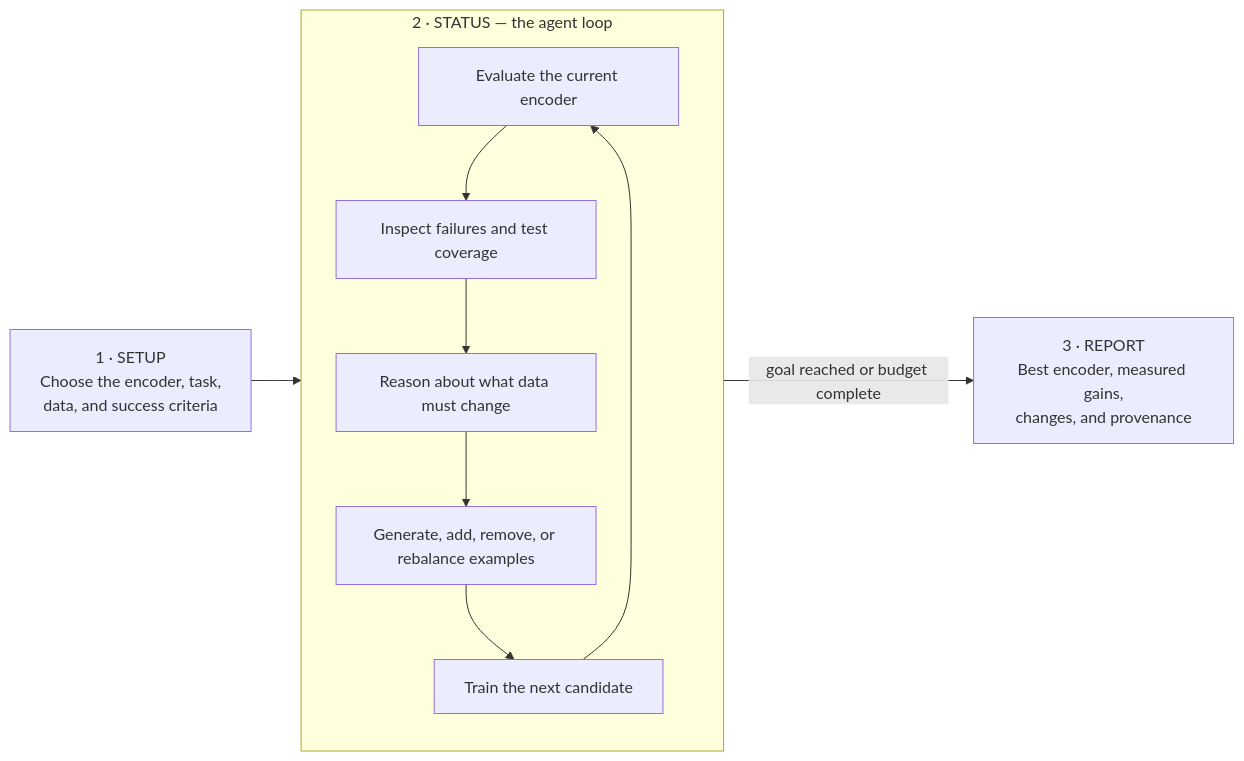
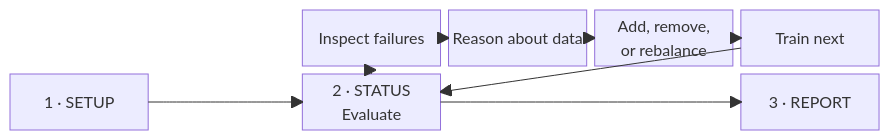
Before and after one commit to yafitzdev/encoder-gym: the diagram in README.md, drawn with Mermaid.

````diff
--- a/README.md
+++ b/README.md
@@ -105,20 +105,15 @@
 ```mermaid
-flowchart LR
-    setup["1 · SETUP<br/>Choose the encoder, task,<br/>data, and success criteria"]
+block-beta
+    columns 6
 
-    subgraph status["2 · STATUS — the agent loop"]
-        direction TB
-        evaluate["Evaluate the current encoder"]
-        inspect["Inspect failures and test coverage"]
-        reason["Reason about what data must change"]
-        curate["Generate, add, remove, or rebalance examples"]
-        train["Train the next candidate"]
-
-        evaluate --> inspect --> reason --> curate --> train --> evaluate
-    end
-
-    report["3 · REPORT<br/>Best encoder, measured gains,<br/>changes, and provenance"]
+    space:2 inspect["Inspect failures"] reason["Reason about data"] curate["Add, remove,<br/>or rebalance"] train["Train next"]
+    setup["1 · SETUP"] space evaluate["2 · STATUS<br/>Evaluate"] space:2 report["3 · REPORT"]
 
     setup --> evaluate
-    evaluate -->|goal reached or budget complete| report
+    evaluate --> report
+    evaluate --> inspect
+    inspect --> reason
+    reason --> curate
+    curate --> train
+    train --> evaluate
 ```
````
